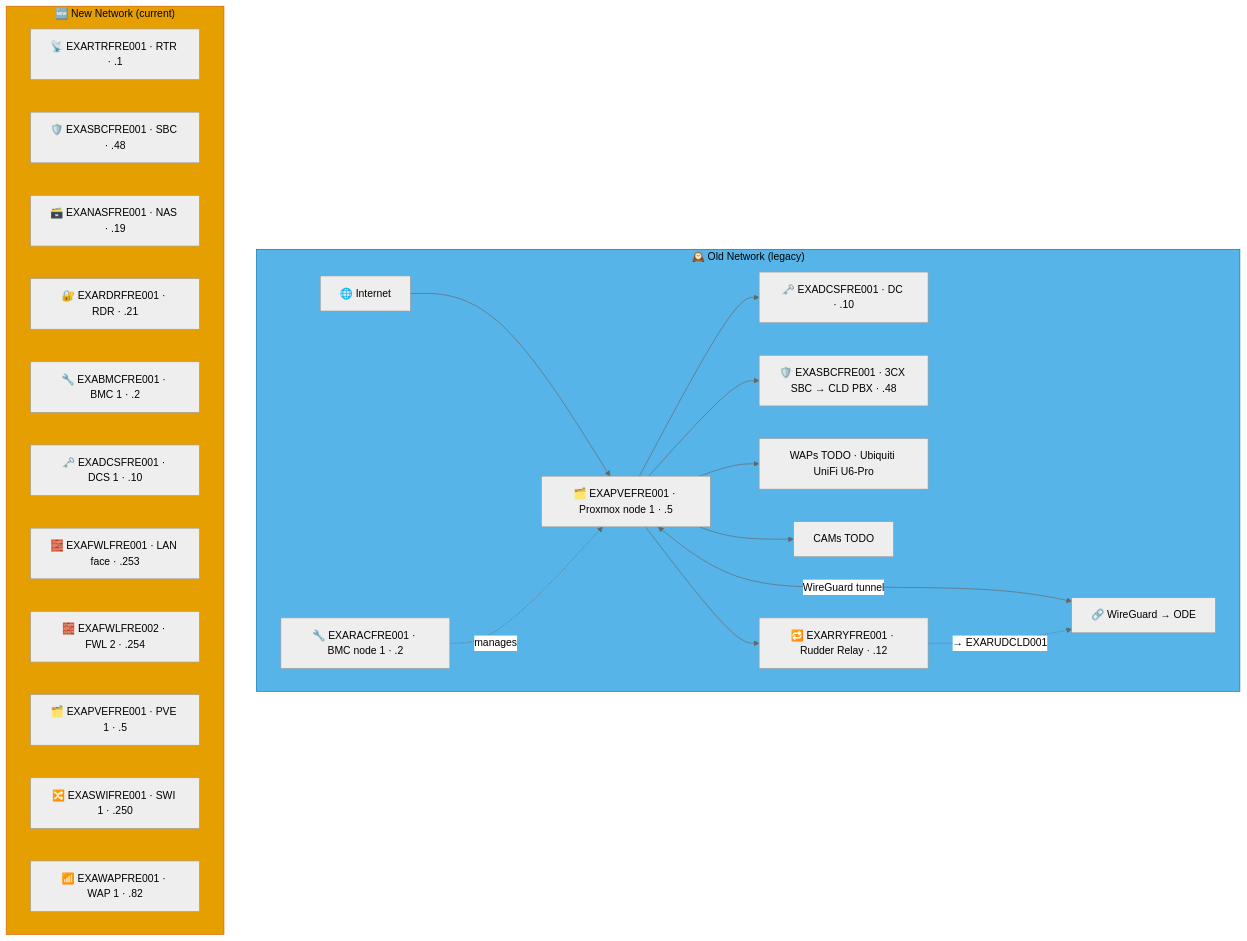
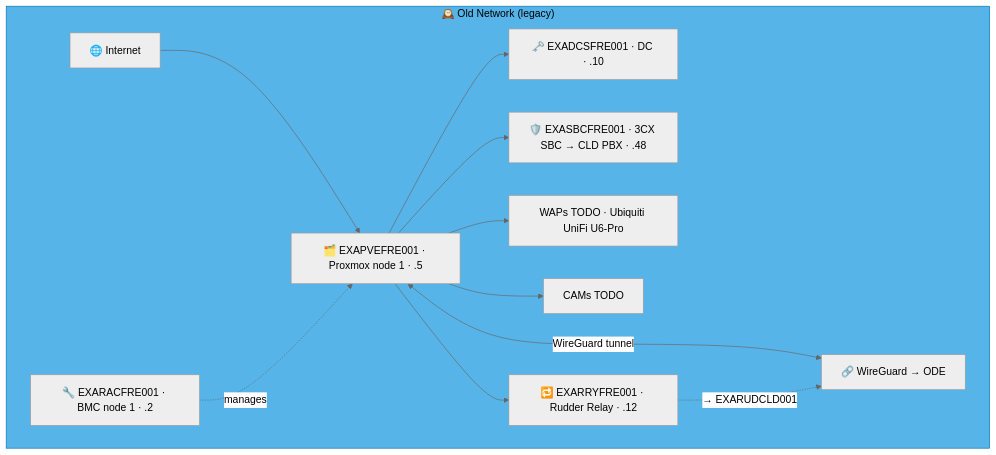
Diagram 13 of 18 in docs/network-diagram/danmark.md (knightmare2600/example_music_infra), drawn with Mermaid (neutral theme) before and after one commit. The commit also changed other lines of this file and 35 other files, not shown here.

````diff
--- a/docs/network-diagram/danmark.md
+++ b/docs/network-diagram/danmark.md
@@ -370,39 +514,23 @@
 ```mermaid
 graph TD
     subgraph OLD_FRE ["🕰️ Old Network (legacy)"]
       INET["🌐 Internet"]
       RAC["🔧 EXARACFRE001 · BMC node 1 · .2"]
       PVE["🗂️ EXAPVEFRE001 · Proxmox node 1 · .5"]
       DC["🗝️ EXADCSFRE001 · DC · .10"]
       SBC["🛡️ EXASBCFRE001 · 3CX SBC → CLD PBX · .48"]
       RRY["🔁 EXARRYFRE001 · Rudder Relay · .12"]
       WAP["WAPs TODO · Ubiquiti UniFi U6-Pro"]
       CAM["CAMs TODO"]
       VPN["🔗 WireGuard → ODE"]
 
       INET --> PVE --> DC & SBC
       RAC -.->|"manages"| PVE
       PVE --> WAP & CAM
       PVE <-->|"WireGuard tunnel"| VPN
 
       PVE --> RRY
       RRY -. "→ EXARUDCLD001" .-> VPN
     end
     style OLD_FRE fill:#56B4E9,stroke:#0072B2,color:#000000
-    %% GENERATED:NEW-NETWORK:FRE:START
-    subgraph NEW_FRE ["🆕 New Network (current)"]
-      N_RTR["📡 EXARTRFRE001 · RTR · .1"]
-      N_SBC["🛡️ EXASBCFRE001 · SBC · .48"]
-      N_NAS["🗃️ EXANASFRE001 · NAS · .19"]
-      N_RDR["🔐 EXARDRFRE001 · RDR · .21"]
-      N_BMC["🔧 EXABMCFRE001 · BMC 1 · .2"]
-      N_DCS["🗝️ EXADCSFRE001 · DCS 1 · .10"]
-      N_FWL["🧱 EXAFWLFRE001 · LAN face · .253"]
-      N_FWL2["🧱 EXAFWLFRE002 · FWL 2 · .254"]
-      N_PVE["🗂️ EXAPVEFRE001 · PVE 1 · .5"]
-      N_SWI["🔀 EXASWIFRE001 · SWI 1 · .250"]
-      N_WAP["📶 EXAWAPFRE001 · WAP 1 · .82"]
-    end
-    style NEW_FRE fill:#E69F00,stroke:#D55E00,color:#000000
-    %% GENERATED:NEW-NETWORK:FRE:END
 ```
````
